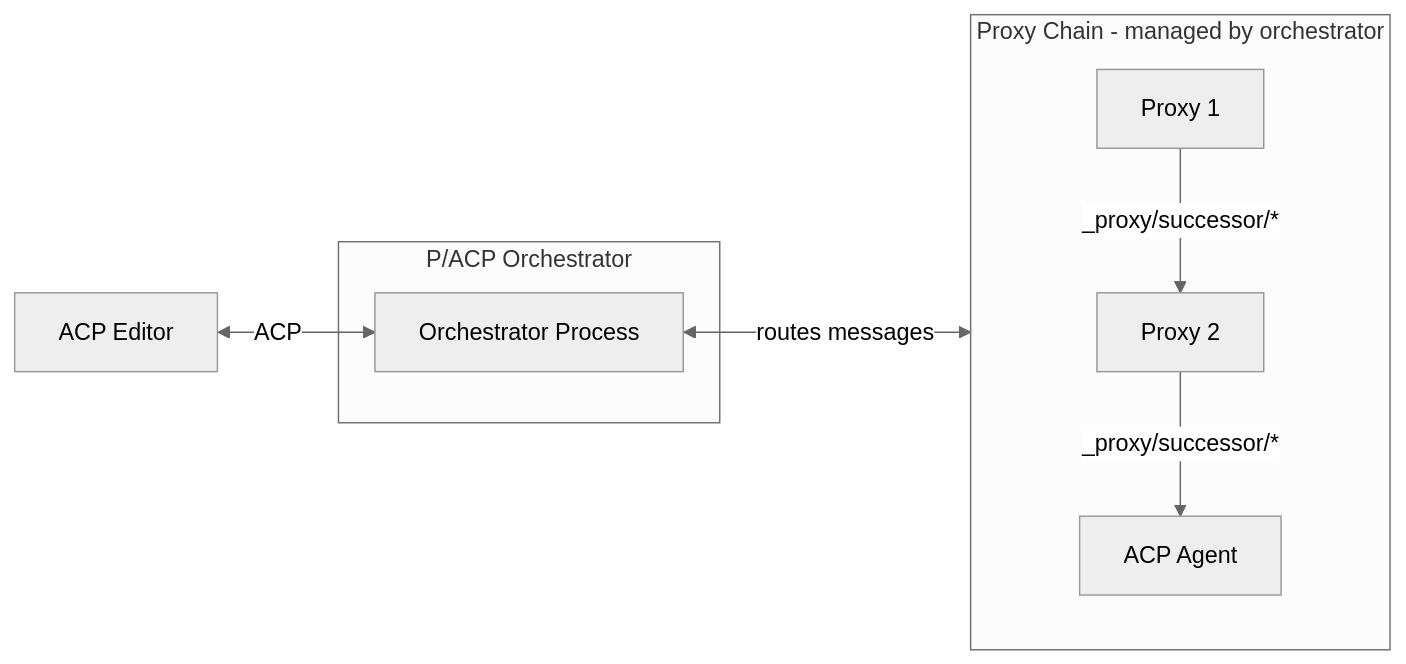
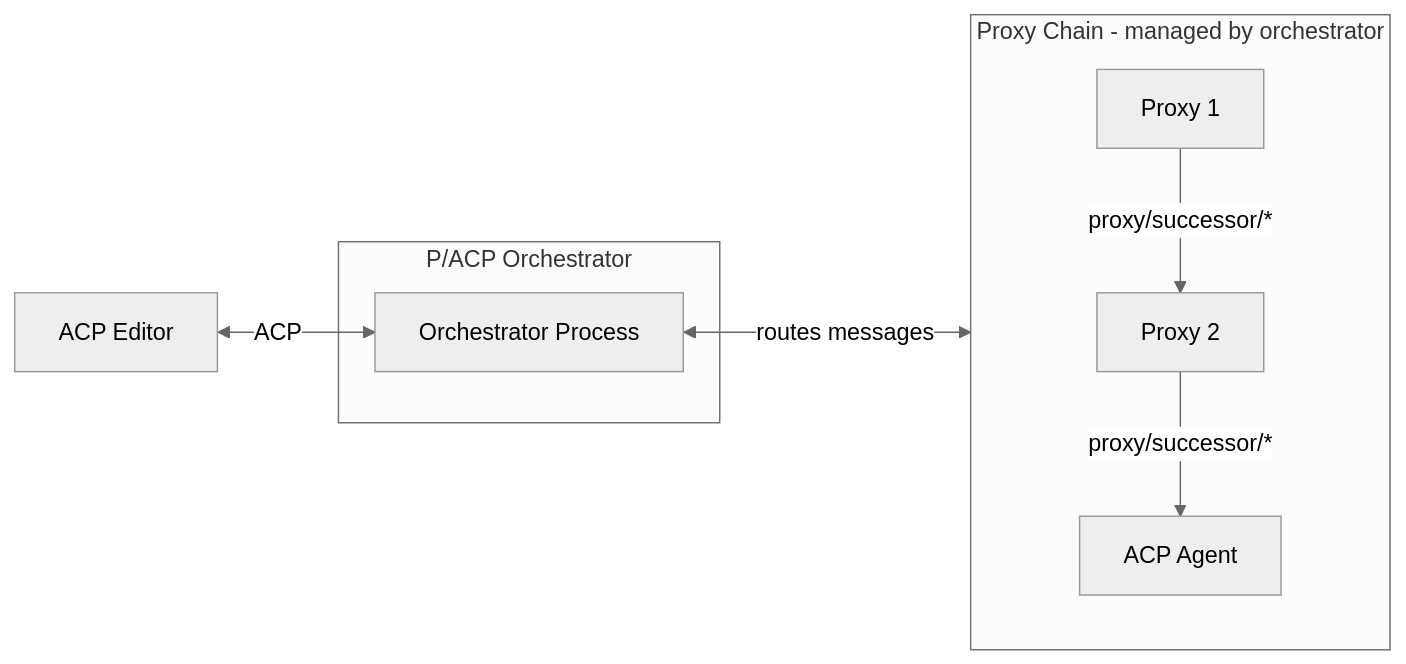
The second of 6 diagrams in md/proxying-acp.md (agentclientprotocol/rust-sdk), drawn with Mermaid (neutral theme) before and after one commit. The commit also changed other lines of this file and 34 other files, not shown here.

First line of the commit message:
feat(acp)!: rename proxy methods to proxy/initialize and proxy/successor (#460)

````diff
--- a/md/proxying-acp.md
+++ b/md/proxying-acp.md
@@ -82,20 +87,20 @@
 ```mermaid
 flowchart LR
     Editor[ACP Editor]
 
     subgraph Orchestrator[P/ACP Orchestrator]
         O[Orchestrator Process]
     end
 
     subgraph ProxyChain[Proxy Chain - managed by orchestrator]
         P1[Proxy 1]
         P2[Proxy 2]
         Agent[ACP Agent]
 
-        P1 -->|_proxy/successor/*| P2
-        P2 -->|_proxy/successor/*| Agent
+        P1 -->|proxy/successor/*| P2
+        P2 -->|proxy/successor/*| Agent
     end
 
     Editor <-->|ACP| O
     O <-->|routes messages| ProxyChain
 ```
````
